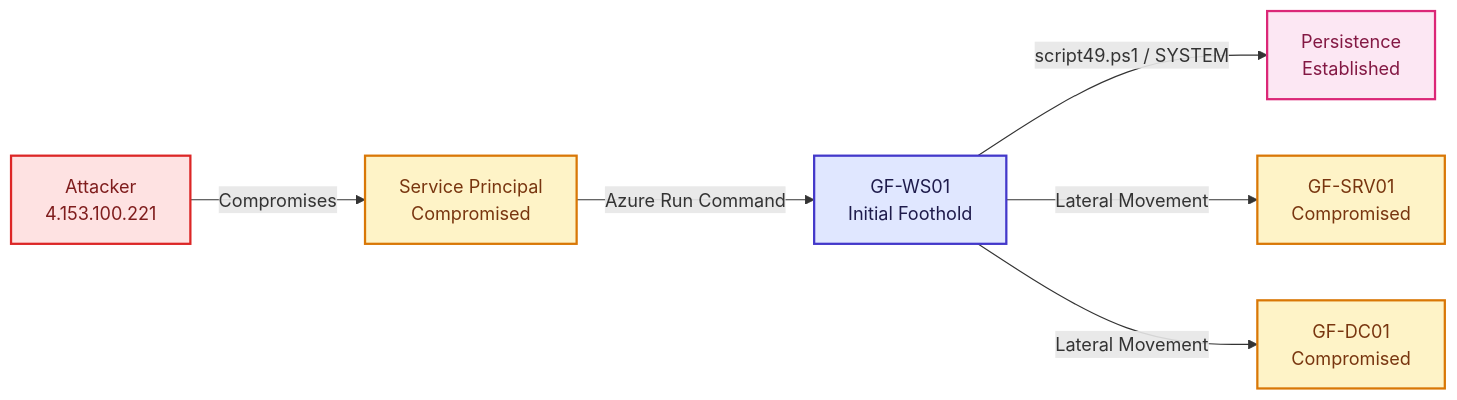
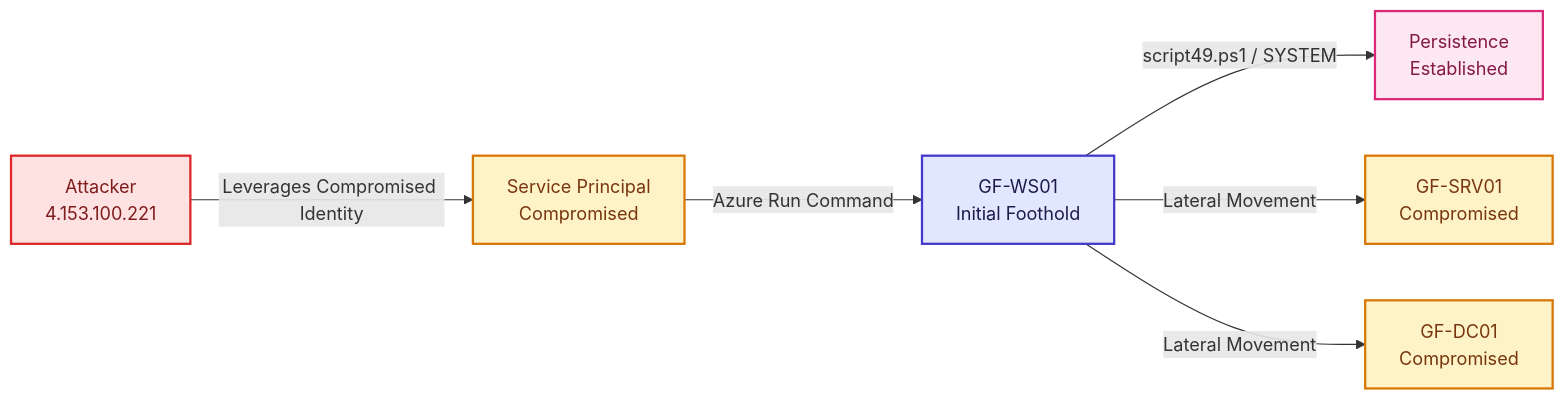
The first of 7 diagrams in README.md (Danielle-Respes/Hidden-Directive-Threat-Hunt-Investigation-Sentinel-MDE-2026), drawn with Mermaid before and after one commit.

````diff
--- a/README.md
+++ b/README.md
@@ -38,20 +38,20 @@
 ```mermaid
 
 graph LR
-    A["Attacker<br/>4.153.100.221"] -->|Compromises| B["Service Principal<br/>Compromised"]
+    A["Attacker<br/>4.153.100.221"] -->|Leverages Compromised Identity| B["Service Principal<br/>Compromised"]
     B -->|Azure Run Command| C["GF-WS01<br/>Initial Foothold"]
     C -->|script49.ps1 / SYSTEM| D["Persistence<br/>Established"]
     C -->|Lateral Movement| E["GF-SRV01<br/>Compromised"]
     C -->|Lateral Movement| F["GF-DC01<br/>Compromised"]
 
     classDef attacker fill:#fee2e2,stroke:#dc2626,stroke-width:2px,color:#7f1d1d
     classDef compromised fill:#fef3c7,stroke:#d97706,stroke-width:2px,color:#78350f
     classDef foothold fill:#e0e7ff,stroke:#4338ca,stroke-width:2px,color:#1e1b4b
     classDef persistence fill:#fce7f3,stroke:#db2777,stroke-width:2px,color:#831843
 
     class A attacker
     class B compromised
     class C foothold
     class D persistence
     class E,F compromised
 ```
````
